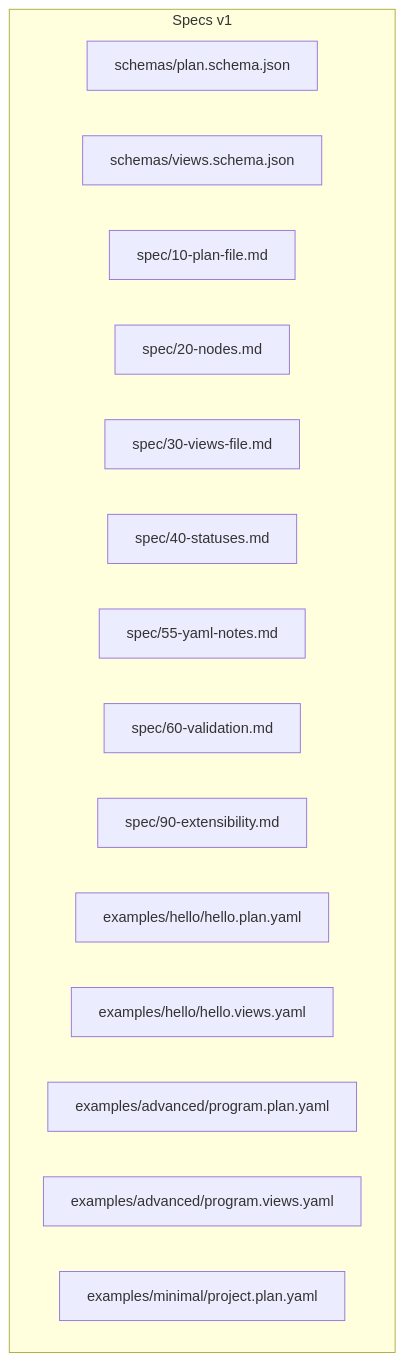
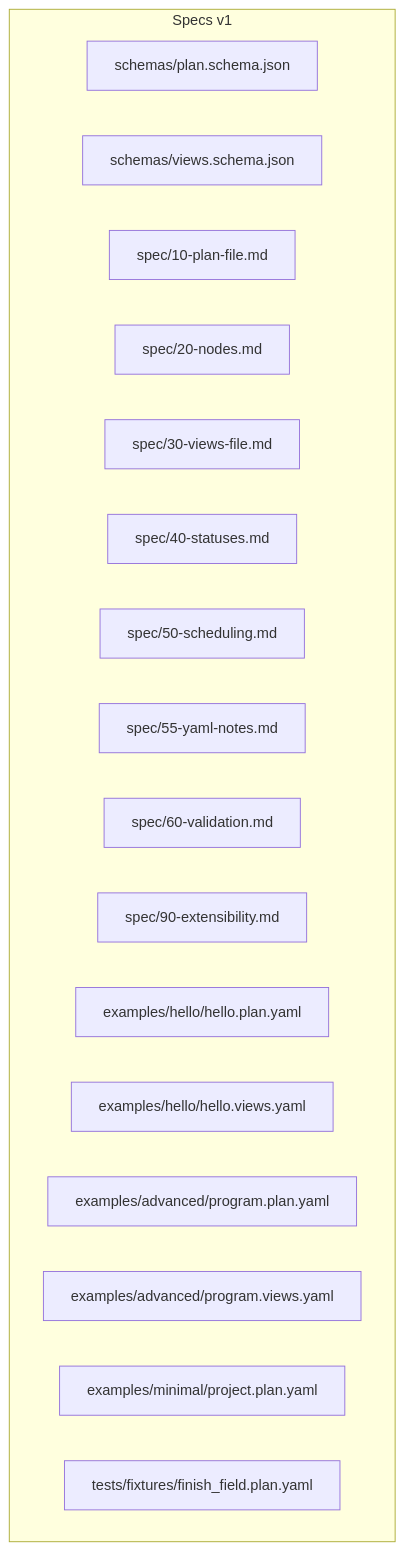
Before and after one commit to asukhodko/opskarta: the first of 5 diagrams in .qoder/repowiki/en/content/Specification Reference/File Formats/File Formats.md, drawn with Mermaid. The commit also changed other lines of this file and 7 other files, not shown here.

````diff
--- a/.qoder/repowiki/en/content/Specification Reference/File Formats/File Formats.md
+++ b/.qoder/repowiki/en/content/Specification Reference/File Formats/File Formats.md
@@ -56,19 +61,21 @@
 ```mermaid
 graph TB
 subgraph "Specs v1"
 S1["schemas/plan.schema.json"]
 S2["schemas/views.schema.json"]
 D1["spec/10-plan-file.md"]
 D2["spec/20-nodes.md"]
 D3["spec/30-views-file.md"]
 D4["spec/40-statuses.md"]
-D5["spec/55-yaml-notes.md"]
-D6["spec/60-validation.md"]
+D5["spec/50-scheduling.md"]
+D6["spec/55-yaml-notes.md"]
+D7["spec/60-validation.md"]
 D9["spec/90-extensibility.md"]
 E_hello_plan["examples/hello/hello.plan.yaml"]
 E_hello_views["examples/hello/hello.views.yaml"]
 E_adv_plan["examples/advanced/program.plan.yaml"]
 E_adv_views["examples/advanced/program.views.yaml"]
 E_min_plan["examples/minimal/project.plan.yaml"]
+F_finish["tests/fixtures/finish_field.plan.yaml"]
 end
 ```
````
